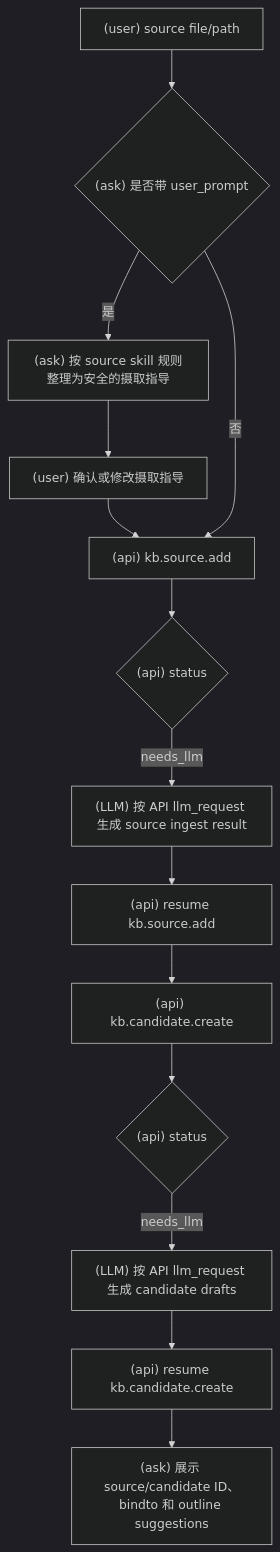
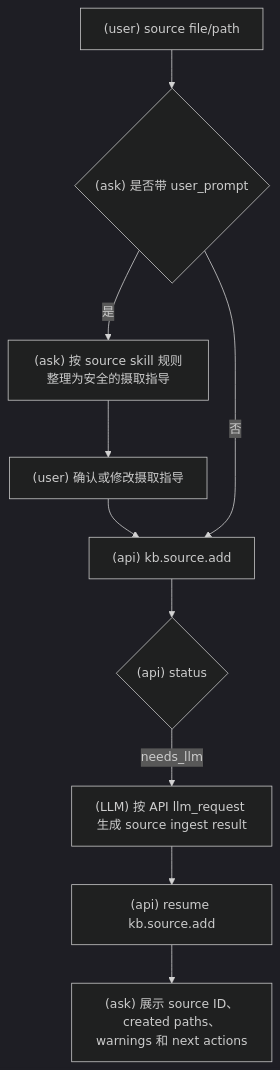
One commit to srangerme/KBManager changed the first of 2 diagrams in skills/kbm-source/SKILL.md. Above: the diagram before and after it, drawn with Mermaid (dark theme). The commit also changed other lines of this file and 19 other files, not shown here.

````diff
--- a/skills/kbm-source/SKILL.md
+++ b/skills/kbm-source/SKILL.md
@@ -29,16 +28,12 @@
 ```mermaid
 flowchart TD
   A["(user) source file/path"] --> B{"(ask) 是否带 user_prompt"}
   B -- 是 --> C["(ask) 按 source skill 规则整理为安全的摄取指导"]
   C --> D["(user) 确认或修改摄取指导"]
   D --> E["(api) kb.source.add"]
   B -- 否 --> E
   E --> F{"(api) status"}
   F -- needs_llm --> G["(LLM) 按 API llm_request 生成 source ingest result"]
   G --> H["(api) resume kb.source.add"]
-  H --> I["(api) kb.candidate.create"]
-  I --> J{"(api) status"}
-  J -- needs_llm --> K["(LLM) 按 API llm_request 生成 candidate drafts"]
-  K --> L["(api) resume kb.candidate.create"]
-  L --> M["(ask) 展示 source/candidate ID、bindto 和 outline suggestions"]
+  H --> I["(ask) 展示 source ID、created paths、warnings 和 next actions"]
 ```
````
